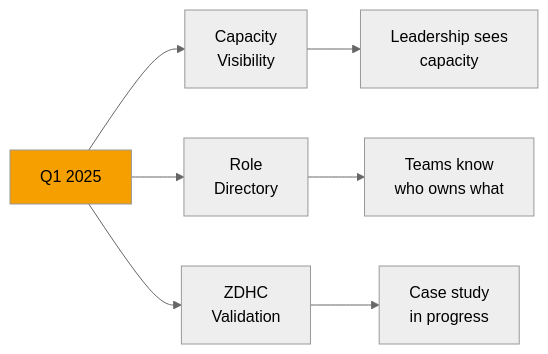
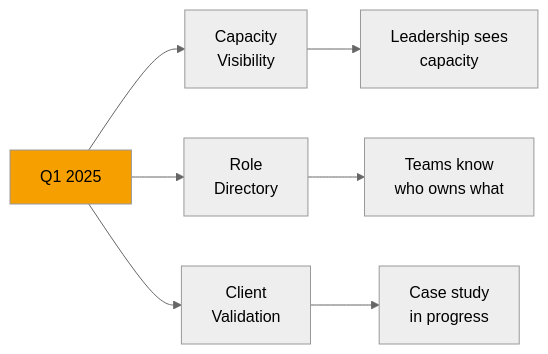
Before and after one commit to synergyai-os/Synergy-Open-Source: the eighth of 14 diagrams in dev-docs/draft_claude/08-product-strategy.md, drawn with Mermaid (neutral theme). The commit also changed other lines of this file and 44 other files, not shown here.

````diff
--- a/dev-docs/draft_claude/08-product-strategy.md
+++ b/dev-docs/draft_claude/08-product-strategy.md
@@ -402,12 +402,12 @@
 ```mermaid
 graph LR
     Q1[Q1 2025] --> P1[Capacity<br/>Visibility]
     Q1 --> P2[Role<br/>Directory]
-    Q1 --> P3[ZDHC<br/>Validation]
+    Q1 --> P3[Client<br/>Validation]
     
     P1 --> M1[Leadership sees<br/>capacity]
     P2 --> M2[Teams know<br/>who owns what]
     P3 --> M3[Case study<br/>in progress]
     
     style Q1 fill:#f59f00
 ```
````
